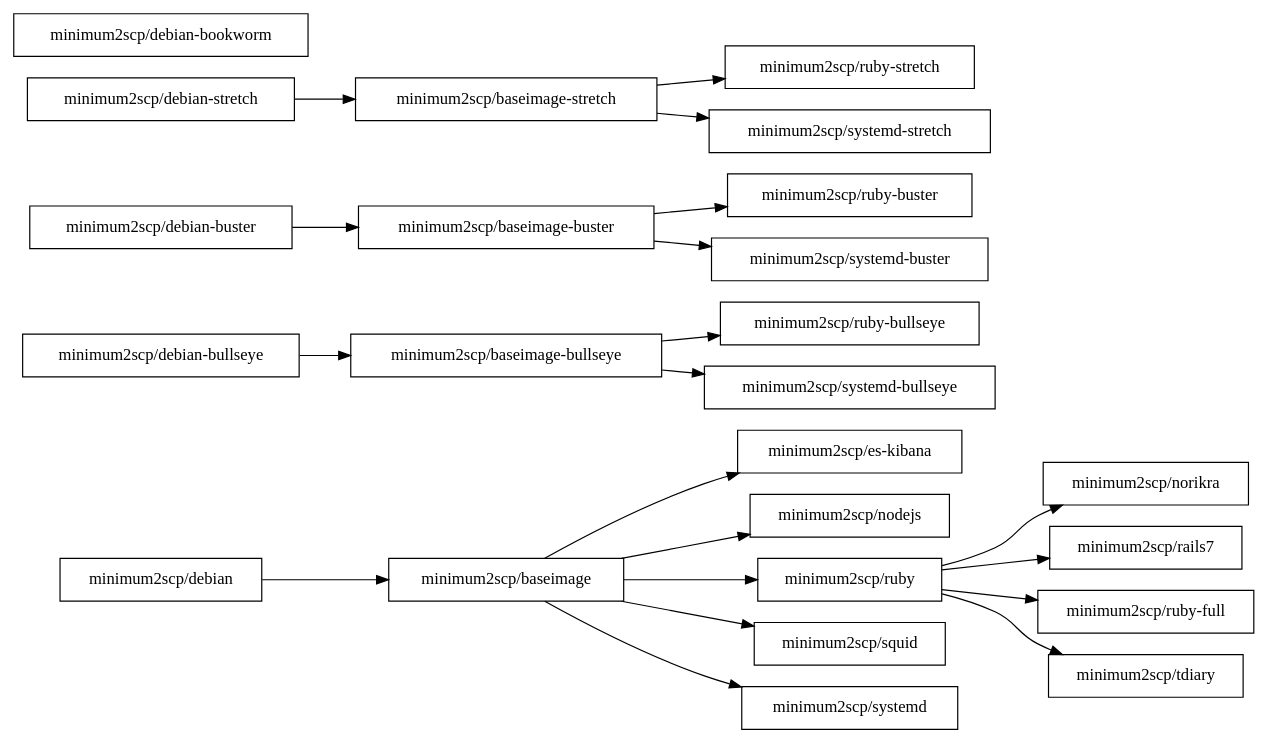
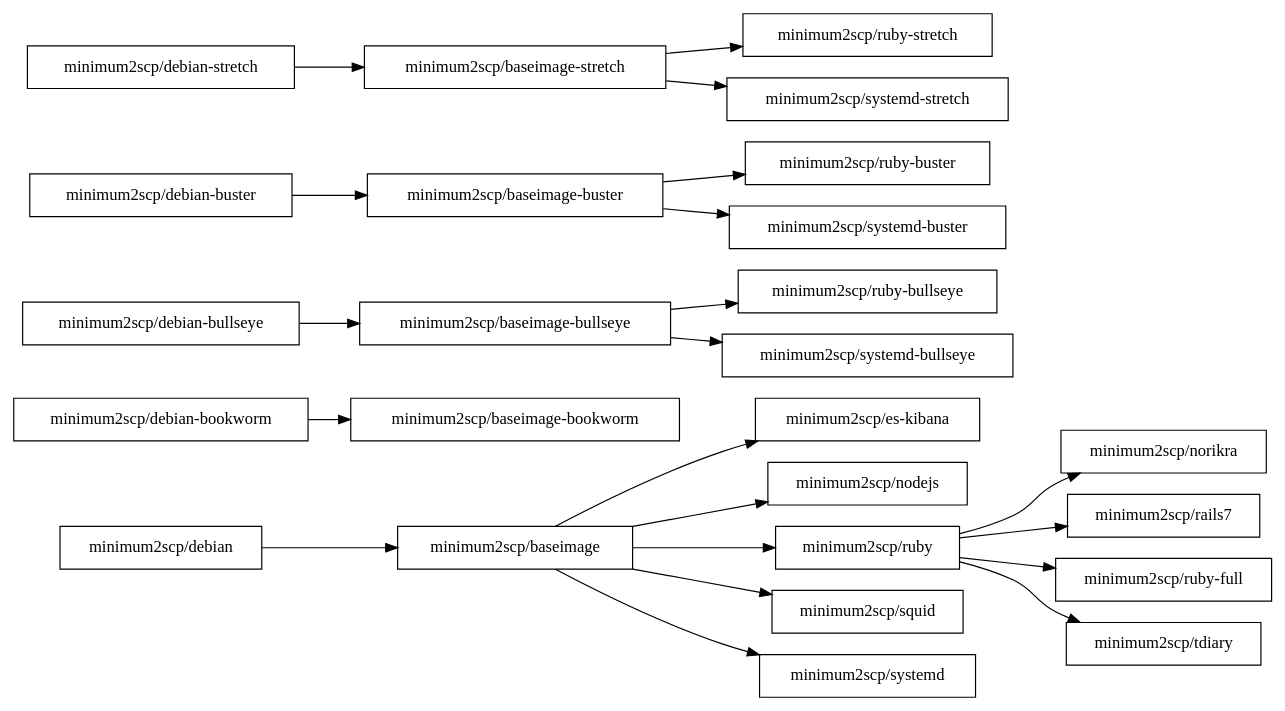
Before and after one commit to minimum2scp/dockerfiles: the diagram in deps.dot, drawn with Graphviz. The commit also changed 28 other files, not shown here.

Commit message:
Added baseimage-bookworm image

```diff
--- a/deps.dot
+++ b/deps.dot
@@ -1,50 +1,53 @@
 digraph deps {
   graph [
     rankdir = "LR"
   ];
 
   node [
     shape = "box"
   ];
 
   ratio = auto;
 
   baseimage          [label = "minimum2scp/baseimage"];
+  baseimage_bookworm [label = "minimum2scp/baseimage-bookworm"];
   baseimage_bullseye [label = "minimum2scp/baseimage-bullseye"];
   baseimage_buster   [label = "minimum2scp/baseimage-buster"];
   baseimage_stretch  [label = "minimum2scp/baseimage-stretch"];
   debian             [label = "minimum2scp/debian"];
   debian_bookworm    [label = "minimum2scp/debian-bookworm"];
   debian_bullseye    [label = "minimum2scp/debian-bullseye"];
   debian_buster      [label = "minimum2scp/debian-buster"];
   debian_stretch     [label = "minimum2scp/debian-stretch"];
   es_kibana          [label = "minimum2scp/es-kibana"];
   nodejs             [label = "minimum2scp/nodejs"];
   norikra            [label = "minimum2scp/norikra"];
   rails7             [label = "minimum2scp/rails7"];
   ruby               [label = "minimum2scp/ruby"];
   ruby_bullseye      [label = "minimum2scp/ruby-bullseye"];
   ruby_buster        [label = "minimum2scp/ruby-buster"];
   ruby_full          [label = "minimum2scp/ruby-full"];
   ruby_stretch       [label = "minimum2scp/ruby-stretch"];
   squid              [label = "minimum2scp/squid"];
   systemd            [label = "minimum2scp/systemd"];
   systemd_bullseye   [label = "minimum2scp/systemd-bullseye"];
   systemd_buster     [label = "minimum2scp/systemd-buster"];
   systemd_stretch    [label = "minimum2scp/systemd-stretch"];
   tdiary             [label = "minimum2scp/tdiary"];
 
   debian    -> baseimage;
   baseimage -> {es_kibana, nodejs, ruby, squid, systemd};
   ruby      -> {norikra, rails7, ruby_full, tdiary};
 
+  debian_bookworm -> baseimage_bookworm;
+
   debian_bullseye -> baseimage_bullseye;
   baseimage_bullseye -> {ruby_bullseye, systemd_bullseye};
 
   debian_buster -> baseimage_buster;
   baseimage_buster -> {ruby_buster, systemd_buster};
 
   debian_stretch   -> baseimage_stretch;
   baseimage_stretch -> {systemd_stretch, ruby_stretch};
 
 }
```
